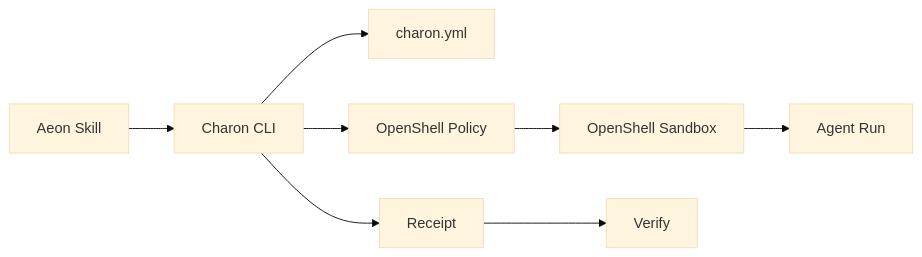
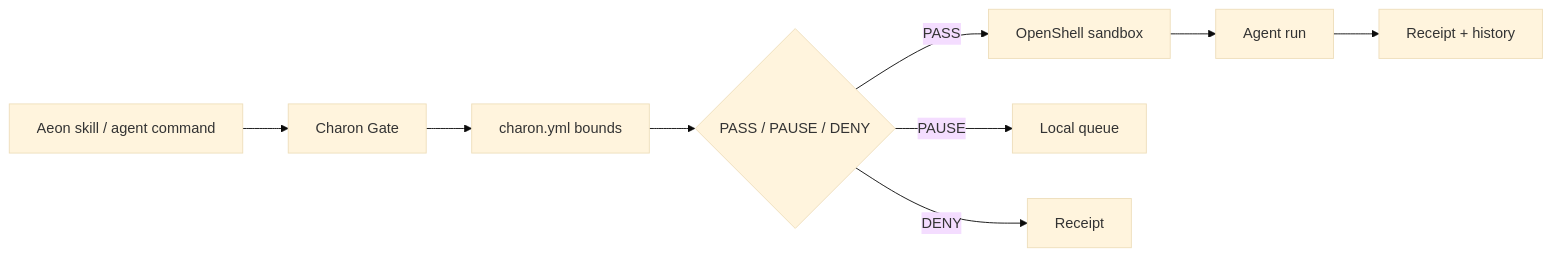
The diagram in README.md (CharonAI-code/charon), drawn with Mermaid (base theme) before and after one commit. The commit also changed other lines of this file and 5 other files, not shown here.

Commit message:
Ship Charon Gate

````diff
--- a/README.md
+++ b/README.md
@@ -22,10 +23,11 @@
 ```mermaid
 flowchart LR
-  A["Aeon Skill"] --> B["Charon CLI"]
-  B --> C["charon.yml"]
-  B --> D["OpenShell Policy"]
-  D --> E["OpenShell Sandbox"]
-  E --> F["Agent Run"]
-  B --> G["Receipt"]
-  G --> H["Verify"]
+  A["Aeon skill / agent command"] --> B["Charon Gate"]
+  B --> C["charon.yml bounds"]
+  C --> D{"PASS / PAUSE / DENY"}
+  D -->|PASS| E["OpenShell sandbox"]
+  D -->|PAUSE| F["Local queue"]
+  D -->|DENY| G["Receipt"]
+  E --> H["Agent run"]
+  H --> I["Receipt + history"]
 ```
````
